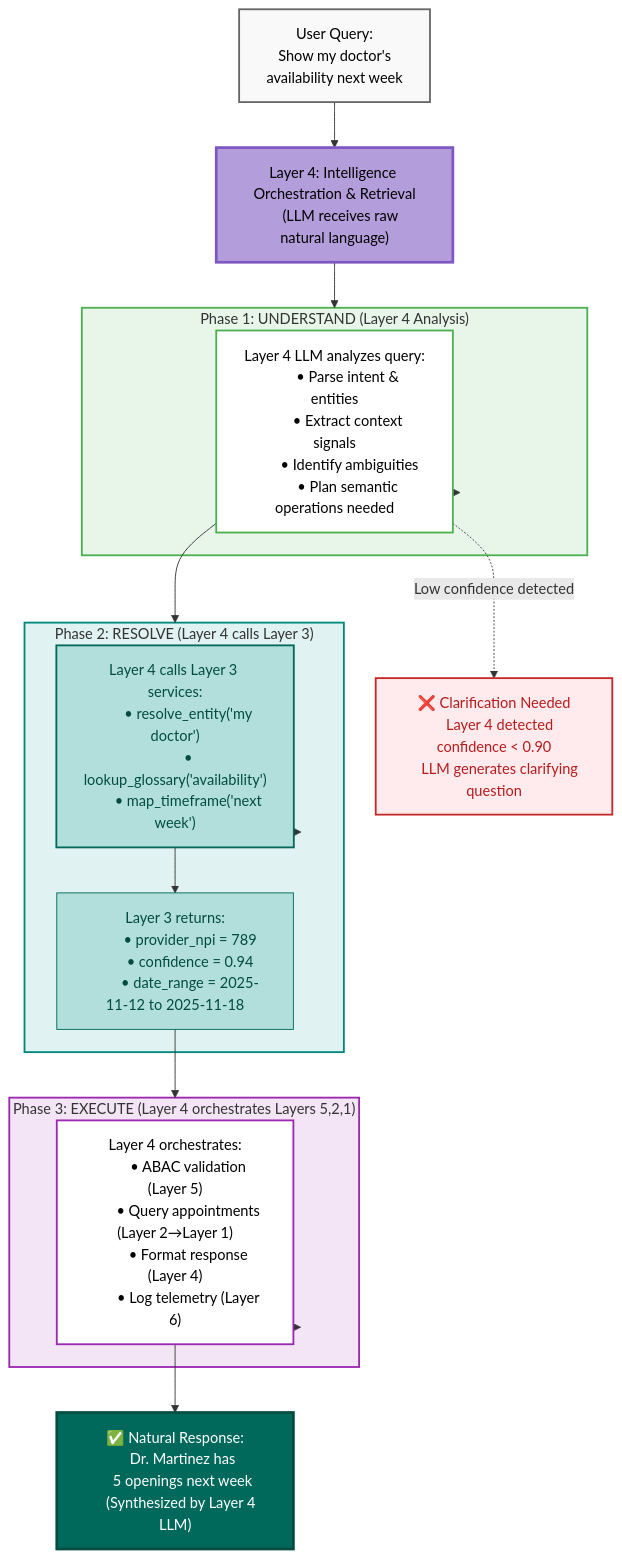
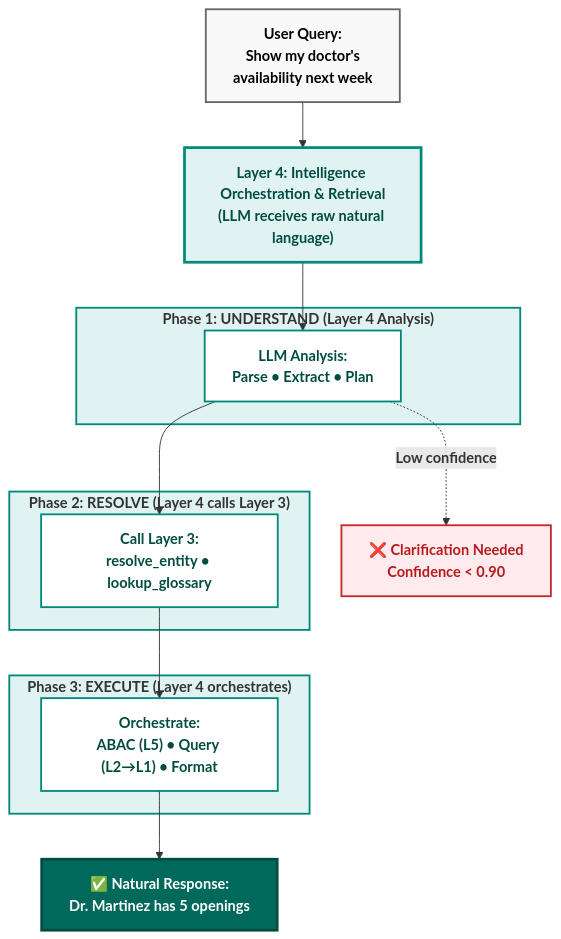
Before and after one commit to colaberry/enterprise-data-readiness-ai-agents: the sixth of 11 diagrams in chapter-02/chapter_2_complete.md, drawn with Mermaid. The commit also changed other lines of this file and 1 other file, not shown here.

````diff
--- a/chapter-02/chapter_2_complete.md
+++ b/chapter-02/chapter_2_complete.md
@@ -918,69 +903,40 @@
 ```mermaid
 graph TB
-    NL["User Query:
-    Show my doctor's
-    availability next week"]
+    NL["<b>User Query:</b><br/><b>Show my doctor's</b><br/><b>availability next week</b>"]
     
-    NL --> L4["Layer 4: Intelligence Orchestration & Retrieval
-    (LLM receives raw natural language)"]
+    NL --> L4["<b>Layer 4: Intelligence Orchestration & Retrieval</b><br/><b>(LLM receives raw natural language)</b>"]
     
-    subgraph PHASE1["Phase 1: UNDERSTAND (Layer 4 Analysis)"]
-        P1["Layer 4 LLM analyzes query:
-        • Parse intent & entities
-        • Extract context signals
-        • Identify ambiguities
-        • Plan semantic operations needed"]
+    subgraph PHASE1["<b>Phase 1: UNDERSTAND (Layer 4 Analysis)</b>"]
+        P1["<b>LLM Analysis:</b><br/><b>Parse • Extract • Plan</b>"]
     end
     
-    subgraph PHASE2["Phase 2: RESOLVE (Layer 4 calls Layer 3)"]
-        P2A["Layer 4 calls Layer 3 services:
-        • resolve_entity('my doctor')
-        • lookup_glossary('availability')
-        • map_timeframe('next week')"]
-        
-        P2B["Layer 3 returns:
-        • provider_npi = 789
-        • confidence = 0.94
-        • date_range = 2025-11-12 to 2025-11-18"]
+    subgraph PHASE2["<b>Phase 2: RESOLVE (Layer 4 calls Layer 3)</b>"]
+        P2["<b>Call Layer 3:</b><br/><b>resolve_entity • lookup_glossary</b>"]
     end
     
-    subgraph PHASE3["Phase 3: EXECUTE (Layer 4 orchestrates Layers 5,2,1)"]
-        P3["Layer 4 orchestrates:
-        • ABAC validation (Layer 5)
-        • Query appointments (Layer 2→Layer 1)
-        • Format response (Layer 4)
-        • Log telemetry (Layer 6)"]
+    subgraph PHASE3["<b>Phase 3: EXECUTE (Layer 4 orchestrates)</b>"]
+        P3["<b>Orchestrate:</b><br/><b>ABAC (L5) • Query (L2→L1) • Format</b>"]
     end
     
-    CLARIFY["❌ Clarification Needed
-    Layer 4 detected confidence < 0.90
-    LLM generates clarifying question"]
+    CLARIFY["<b>❌ Clarification Needed</b><br/><b>Confidence < 0.90</b>"]
     
-    RESULT["✅ Natural Response:
-    Dr. Martinez has
-    5 openings next week
-    (Synthesized by Layer 4 LLM)"]
+    RESULT["<b>✅ Natural Response:</b><br/><b>Dr. Martinez has 5 openings</b>"]
     
-    L4 --> PHASE1
-    PHASE1 --> P1
-    P1 --> PHASE2
-    PHASE2 --> P2A
-    P2A --> P2B
-    P2B --> PHASE3
-    PHASE3 --> P3
+    L4 --> P1
+    P1 --> P2
+    P2 --> P3
     P3 --> RESULT
     
-    P1 -.->|Low confidence detected| CLARIFY
+    P1 -.->|<b>Low confidence</b>| CLARIFY
     
-    style L4 fill:#b39ddb,stroke:#7e57c2,stroke-width:3px,color:#000000
-    style PHASE1 fill:#e8f5e9,stroke:#4caf50,stroke-width:2px
+    style L4 fill:#e0f2f1,stroke:#00897b,stroke-width:3px,color:#004d40
+    style PHASE1 fill:#e0f2f1,stroke:#00897b,stroke-width:2px
     style PHASE2 fill:#e0f2f1,stroke:#00897b,stroke-width:2px
-    style PHASE3 fill:#f3e5f5,stroke:#9c27b0,stroke-width:2px
-    style P1 fill:#ffffff,stroke:#4caf50,stroke-width:2px,color:#000000
-    style P2A fill:#b2dfdb,stroke:#00695c,stroke-width:2px,color:#004d40
-    style P2B fill:#b2dfdb,stroke:#00695c,stroke-width:1px,color:#004d40
-    style P3 fill:#ffffff,stroke:#9c27b0,stroke-width:2px,color:#000000
+    style PHASE3 fill:#e0f2f1,stroke:#00897b,stroke-width:2px
+    style P1 fill:#ffffff,stroke:#00897b,stroke-width:2px,color:#004d40
+    style P2 fill:#ffffff,stroke:#00897b,stroke-width:2px,color:#004d40
+    style P3 fill:#ffffff,stroke:#00897b,stroke-width:2px,color:#004d40
     style RESULT fill:#00695c,color:#ffffff,stroke:#004d40,stroke-width:3px
     style CLARIFY fill:#ffebee,stroke:#c62828,stroke-width:2px,color:#b71c1c
     style NL fill:#f9f9f9,stroke:#666666,stroke-width:2px,color:#000000
 ```
````
